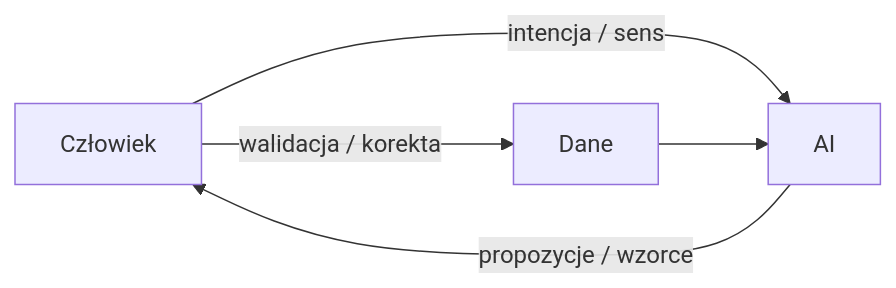
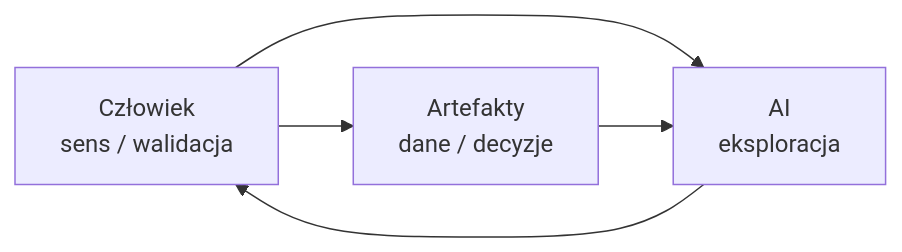
The first of 2 diagrams in badania/README.md (DonkeyJJLove/writeups), drawn with Mermaid before and after one commit. The commit also changed other lines of this file, not shown here.

`````diff
--- a/badania/README.md
+++ b/badania/README.md
@@ -188,7 +188,7 @@
 ```mermaid
 flowchart LR
-H[Człowiek] -->|intencja / sens| A[AI]
-A -->|propozycje / wzorce| H
-H -->|walidacja / korekta| D[Dane]
+H[Człowiek<br/>sens / walidacja] --> A[AI<br/>eksploracja]
+A --> H
+H --> D[Artefakty<br/>dane / decyzje]
 D --> A
 ````
`````
